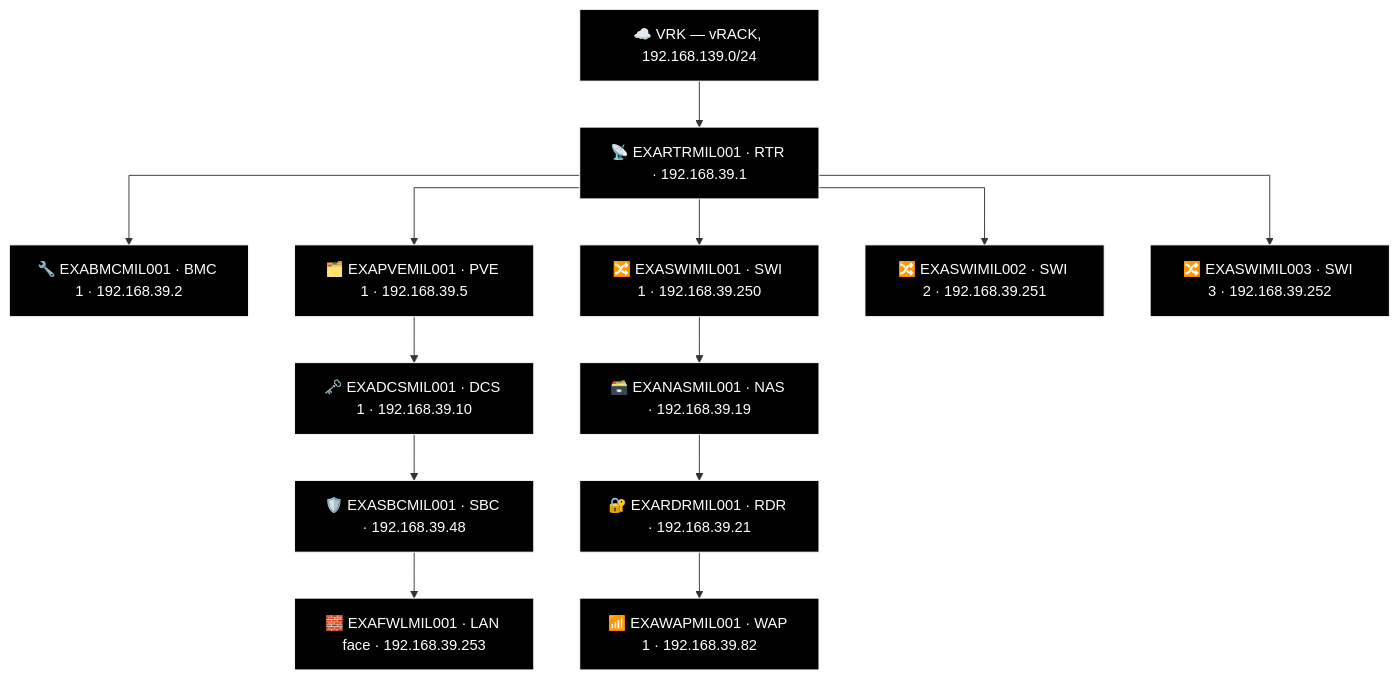
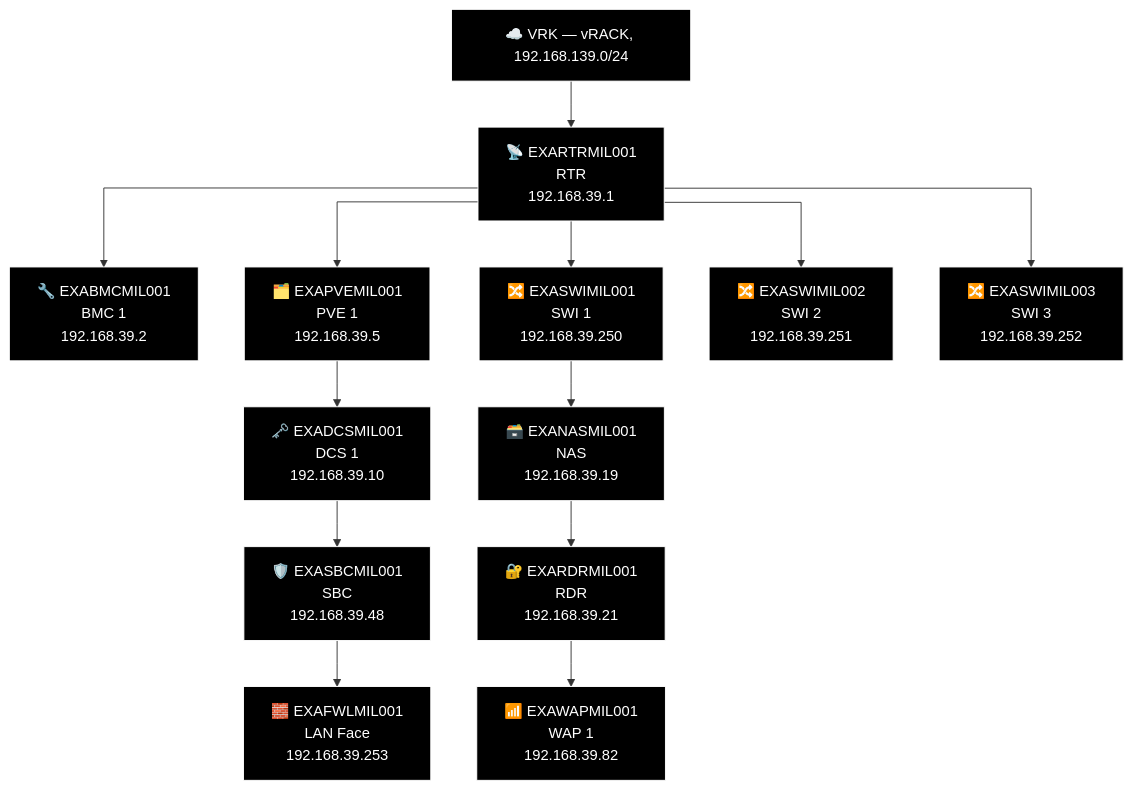
One commit to knightmare2600/example_music_infra changed the second of 2 diagrams in docs/network-diagram/italia.md. Above: the diagram before and after it, drawn with Mermaid. The commit also changed 18 other files, not shown here.

````diff
--- a/docs/network-diagram/italia.md
+++ b/docs/network-diagram/italia.md
@@ -42,40 +42,40 @@
 ```mermaid
 %% GENERATED:TOPOLOGY:MIL:START
 %%{init: {'flowchart': {'curve': 'stepAfter'}}}%%
 graph TD
     T_VRK["☁️ VRK — vRACK, 192.168.139.0/24"]
-    T_RTR["📡 EXARTRMIL001 · RTR · 192.168.39.1"]
+    T_RTR["📡 EXARTRMIL001<br/>RTR<br/>192.168.39.1"]
     T_VRK --> T_RTR
-    T_BMC["🔧 EXABMCMIL001 · BMC 1 · 192.168.39.2"]
+    T_BMC["🔧 EXABMCMIL001<br/>BMC 1<br/>192.168.39.2"]
     T_RTR --> T_BMC
-    T_PVE["🗂️ EXAPVEMIL001 · PVE 1 · 192.168.39.5"]
+    T_PVE["🗂️ EXAPVEMIL001<br/>PVE 1<br/>192.168.39.5"]
     T_RTR --> T_PVE
-    T_SWI["🔀 EXASWIMIL001 · SWI 1 · 192.168.39.250"]
+    T_SWI["🔀 EXASWIMIL001<br/>SWI 1<br/>192.168.39.250"]
     T_RTR --> T_SWI
-    T_SWI2["🔀 EXASWIMIL002 · SWI 2 · 192.168.39.251"]
+    T_SWI2["🔀 EXASWIMIL002<br/>SWI 2<br/>192.168.39.251"]
     T_RTR --> T_SWI2
-    T_SWI3["🔀 EXASWIMIL003 · SWI 3 · 192.168.39.252"]
+    T_SWI3["🔀 EXASWIMIL003<br/>SWI 3<br/>192.168.39.252"]
     T_RTR --> T_SWI3
-    T_NAS["🗃️ EXANASMIL001 · NAS · 192.168.39.19"]
-    T_RDR["🔐 EXARDRMIL001 · RDR · 192.168.39.21"]
-    T_WAP["📶 EXAWAPMIL001 · WAP 1 · 192.168.39.82"]
+    T_NAS["🗃️ EXANASMIL001<br/>NAS<br/>192.168.39.19"]
+    T_RDR["🔐 EXARDRMIL001<br/>RDR<br/>192.168.39.21"]
+    T_WAP["📶 EXAWAPMIL001<br/>WAP 1<br/>192.168.39.82"]
     T_SWI --> T_NAS --> T_RDR --> T_WAP
-    T_DCS["🗝️ EXADCSMIL001 · DCS 1 · 192.168.39.10"]
-    T_SBC["🛡️ EXASBCMIL001 · SBC · 192.168.39.48"]
-    T_FWL["🧱 EXAFWLMIL001 · LAN face · 192.168.39.253"]
+    T_DCS["🗝️ EXADCSMIL001<br/>DCS 1<br/>192.168.39.10"]
+    T_SBC["🛡️ EXASBCMIL001<br/>SBC<br/>192.168.39.48"]
+    T_FWL["🧱 EXAFWLMIL001<br/>LAN Face<br/>192.168.39.253"]
     T_PVE --> T_DCS --> T_SBC --> T_FWL
     style T_VRK fill:#000000,stroke:#FFFFFF,color:#FFFFFF
     style T_RTR fill:#000000,stroke:#FFFFFF,color:#FFFFFF
     style T_BMC fill:#000000,stroke:#FFFFFF,color:#FFFFFF
     style T_PVE fill:#000000,stroke:#FFFFFF,color:#FFFFFF
     style T_SWI fill:#000000,stroke:#FFFFFF,color:#FFFFFF
     style T_SWI2 fill:#000000,stroke:#FFFFFF,color:#FFFFFF
     style T_SWI3 fill:#000000,stroke:#FFFFFF,color:#FFFFFF
     style T_NAS fill:#000000,stroke:#FFFFFF,color:#FFFFFF
     style T_RDR fill:#000000,stroke:#FFFFFF,color:#FFFFFF
     style T_WAP fill:#000000,stroke:#FFFFFF,color:#FFFFFF
     style T_DCS fill:#000000,stroke:#FFFFFF,color:#FFFFFF
     style T_SBC fill:#000000,stroke:#FFFFFF,color:#FFFFFF
     style T_FWL fill:#000000,stroke:#FFFFFF,color:#FFFFFF
 %% GENERATED:TOPOLOGY:MIL:END
 ```
````
